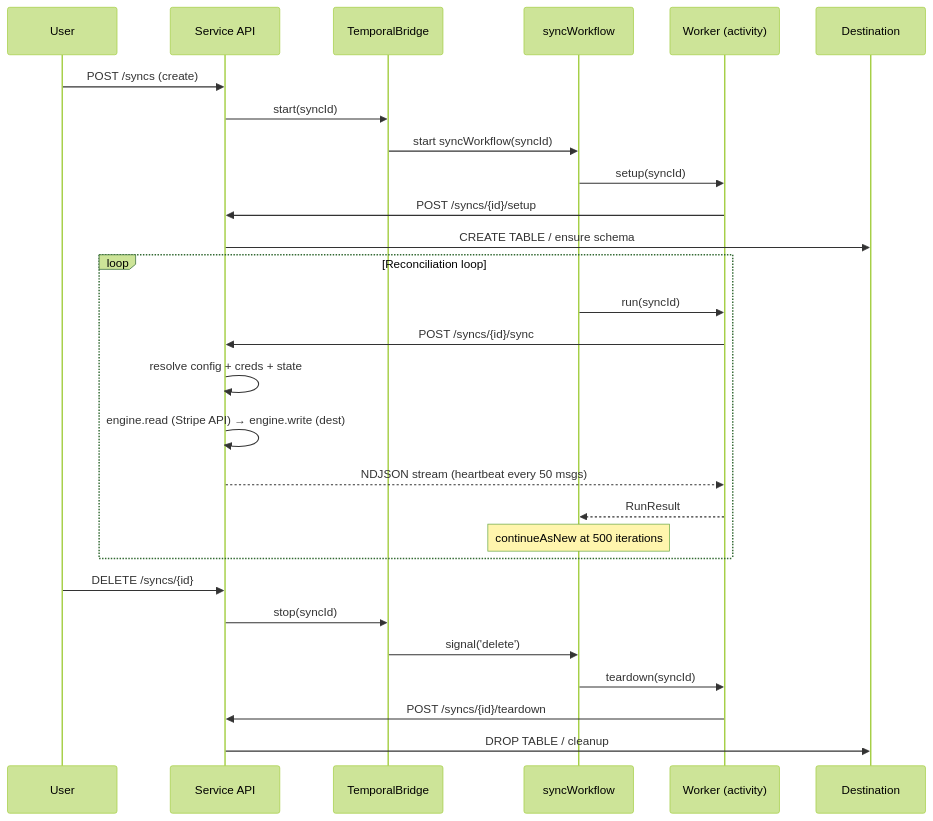
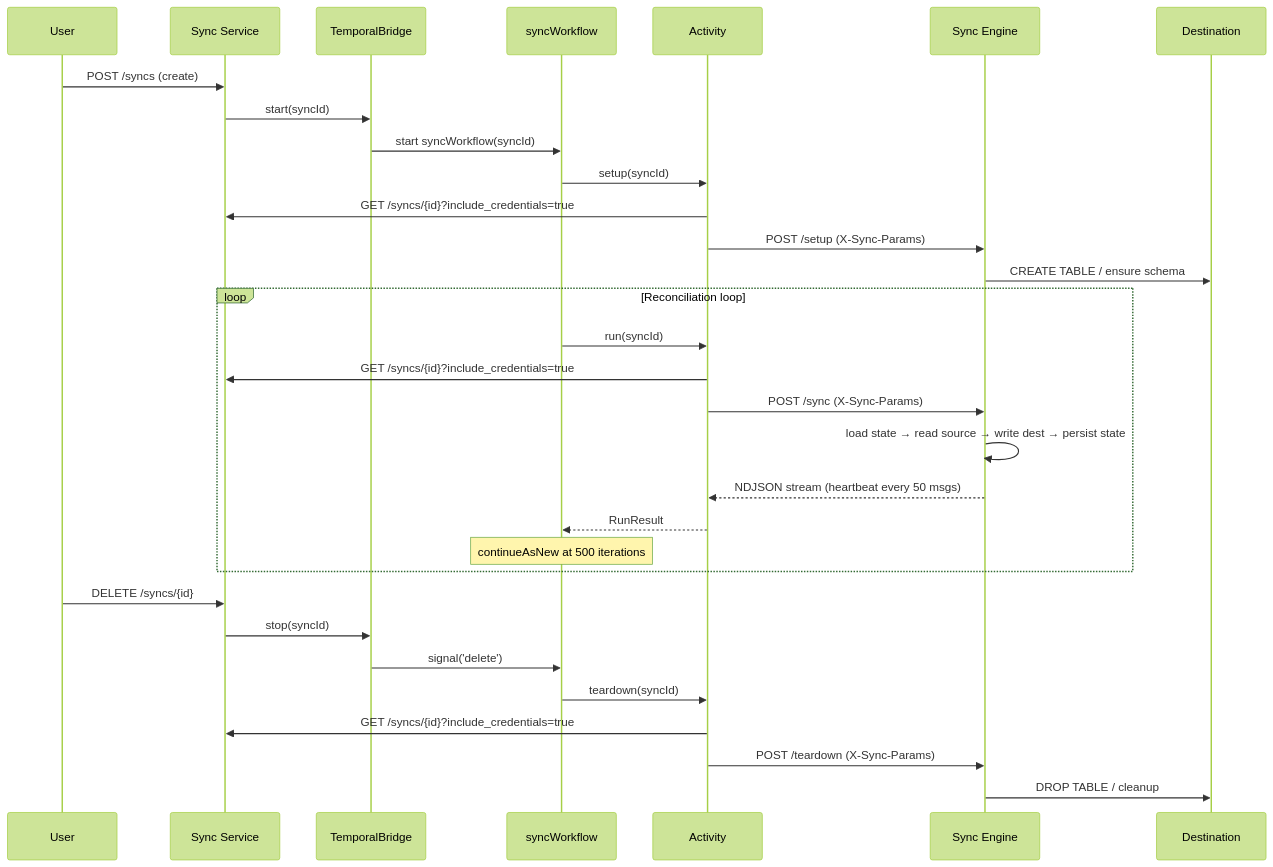
Before and after one commit to supabase/stripe-sync-engine: the fourth of 5 diagrams in docs/pages/service/temporal.md, drawn with Mermaid (forest theme). The commit also changed other lines of this file, not shown here.

First line of the commit message:
Update temporal doc: two-server architecture + activity flow

````diff
--- a/docs/pages/service/temporal.md
+++ b/docs/pages/service/temporal.md
@@ -103,35 +143,38 @@
 ```mermaid
 sequenceDiagram
     participant User
-    participant Service as Service API
+    participant Service as Sync Service
     participant Bridge as TemporalBridge
     participant Workflow as syncWorkflow
-    participant Worker as Worker (activity)
+    participant Activity
+    participant Engine as Sync Engine
     participant Dest as Destination
 
     User->>Service: POST /syncs (create)
     Service->>Bridge: start(syncId)
     Bridge->>Workflow: start syncWorkflow(syncId)
 
-    Workflow->>Worker: setup(syncId)
-    Worker->>Service: POST /syncs/{id}/setup
-    Service->>Dest: CREATE TABLE / ensure schema
+    Workflow->>Activity: setup(syncId)
+    Activity->>Service: GET /syncs/{id}?include_credentials=true
+    Activity->>Engine: POST /setup (X-Sync-Params)
+    Engine->>Dest: CREATE TABLE / ensure schema
 
     loop Reconciliation loop
-        Workflow->>Worker: run(syncId)
-        Worker->>Service: POST /syncs/{id}/sync
-        Service->>Service: resolve config + creds + state
-        Service->>Service: engine.read (Stripe API) → engine.write (dest)
-        Service-->>Worker: NDJSON stream (heartbeat every 50 msgs)
-        Worker-->>Workflow: RunResult
+        Workflow->>Activity: run(syncId)
+        Activity->>Service: GET /syncs/{id}?include_credentials=true
+        Activity->>Engine: POST /sync (X-Sync-Params)
+        Engine->>Engine: load state → read source → write dest → persist state
+        Engine-->>Activity: NDJSON stream (heartbeat every 50 msgs)
+        Activity-->>Workflow: RunResult
         Note over Workflow: continueAsNew at 500 iterations
     end
 
     User->>Service: DELETE /syncs/{id}
     Service->>Bridge: stop(syncId)
     Bridge->>Workflow: signal('delete')
 
-    Workflow->>Worker: teardown(syncId)
-    Worker->>Service: POST /syncs/{id}/teardown
-    Service->>Dest: DROP TABLE / cleanup
+    Workflow->>Activity: teardown(syncId)
+    Activity->>Service: GET /syncs/{id}?include_credentials=true
+    Activity->>Engine: POST /teardown (X-Sync-Params)
+    Engine->>Dest: DROP TABLE / cleanup
 ```
````
